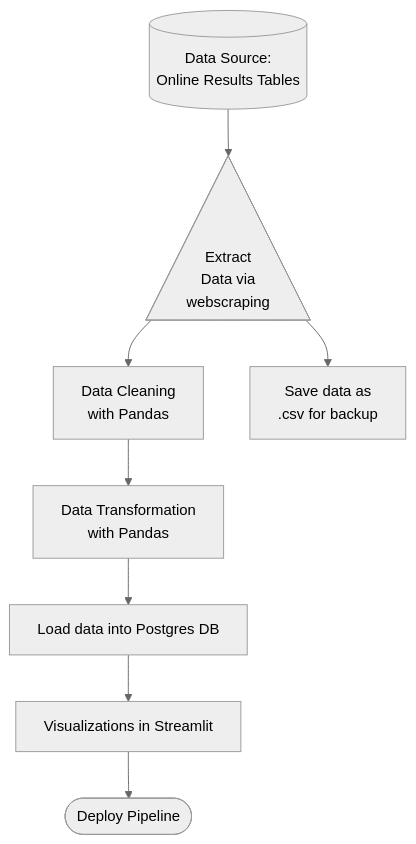
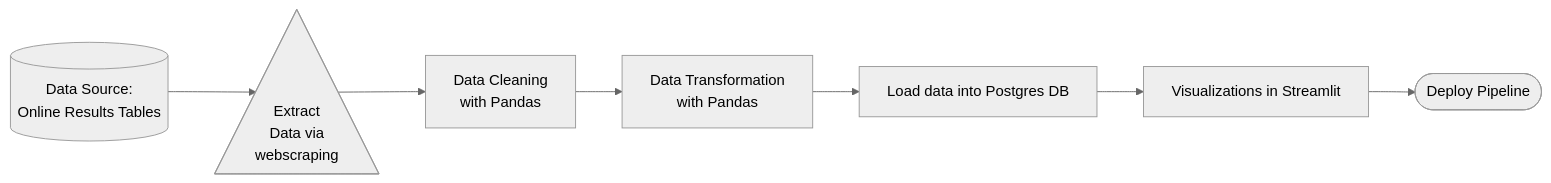
Before and after one commit to RupertWatson/Parkrunner: the diagram in Planning.md, drawn with Mermaid (neutral theme). The commit also changed other lines of this file and 11 other files, not shown here.

````diff
--- a/Planning.md
+++ b/Planning.md
@@ -20,17 +20,15 @@
 ```mermaid
-flowchart TD
+flowchart LR
     A@{ shape: cyl, label: "Data Source: 
     Online Results Tables"} --> B@{ shape: tri, label: "Extract 
     Data via
     webscraping"}
     B --> C[Data Cleaning
     with Pandas]
-    B --> C1[Save data as 
-    .csv for backup]
     C --> D[Data Transformation
     with Pandas]
     D --> E[Load data into Postgres DB]
     E --> F[Visualizations in Streamlit]
     F --> G([Deploy Pipeline])
     
 ```
````
